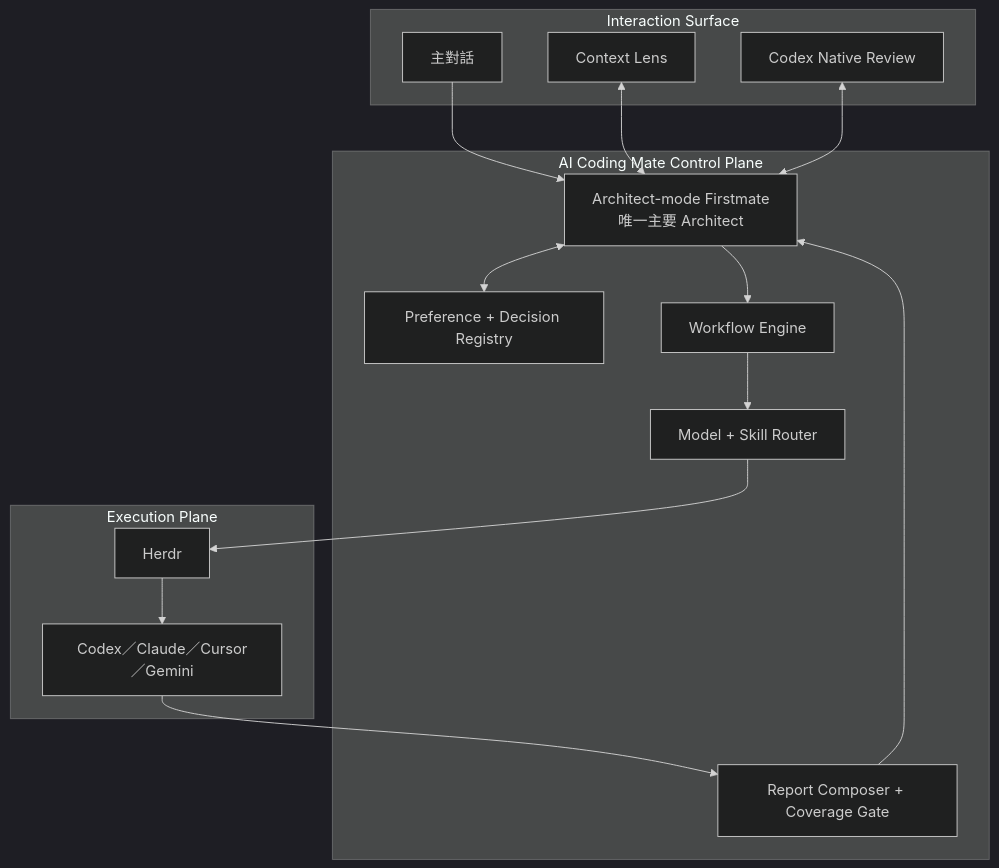
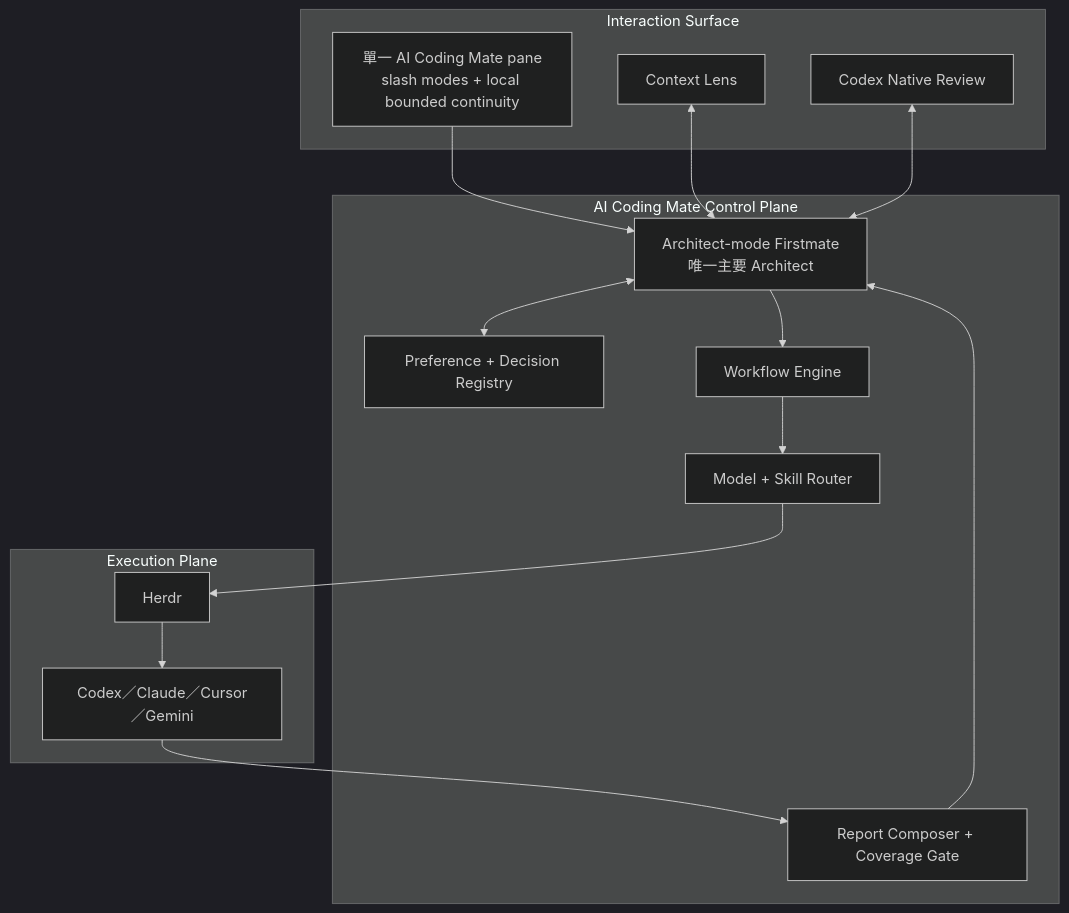
Before and after one commit to lunhsiangyuan/aicoding-mate: the first of 6 diagrams in docs/ARCHITECTURE.md, drawn with Mermaid (dark theme). The commit also changed other lines of this file and 13 other files, not shown here.

First line of the commit message:
feat: unify AI Coding Mate Herdr entrypoint

````diff
--- a/docs/ARCHITECTURE.md
+++ b/docs/ARCHITECTURE.md
@@ -7,32 +7,32 @@
 ```mermaid
 flowchart TB
     subgraph UX["Interaction Surface"]
-        MAIN["主對話"]
+        MAIN["單一 AI Coding Mate pane<br/>slash modes + local bounded continuity"]
         LENS["Context Lens"]
         CR["Codex Native Review"]
     end
 
     subgraph CONTROL["AI Coding Mate Control Plane"]
         ARCH["Architect-mode Firstmate<br/>唯一主要 Architect"]
         PREF["Preference + Decision Registry"]
         FLOW["Workflow Engine"]
         ROUTER["Model + Skill Router"]
         REPORT["Report Composer + Coverage Gate"]
     end
 
     subgraph EXEC["Execution Plane"]
         HERDR["Herdr"]
         WORKERS["Codex／Claude／Cursor／Gemini"]
     end
 
     MAIN --> ARCH
     LENS <--> ARCH
     CR <--> ARCH
     ARCH <--> PREF
     ARCH --> FLOW
     FLOW --> ROUTER
     ROUTER --> HERDR
     HERDR --> WORKERS
     WORKERS --> REPORT
     REPORT --> ARCH
 ```
````
